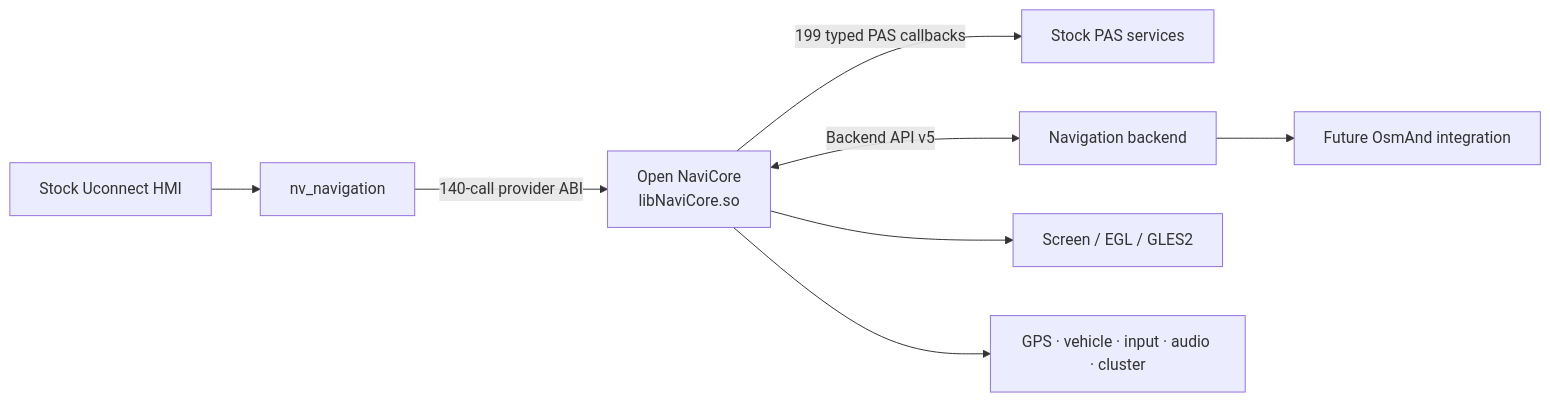
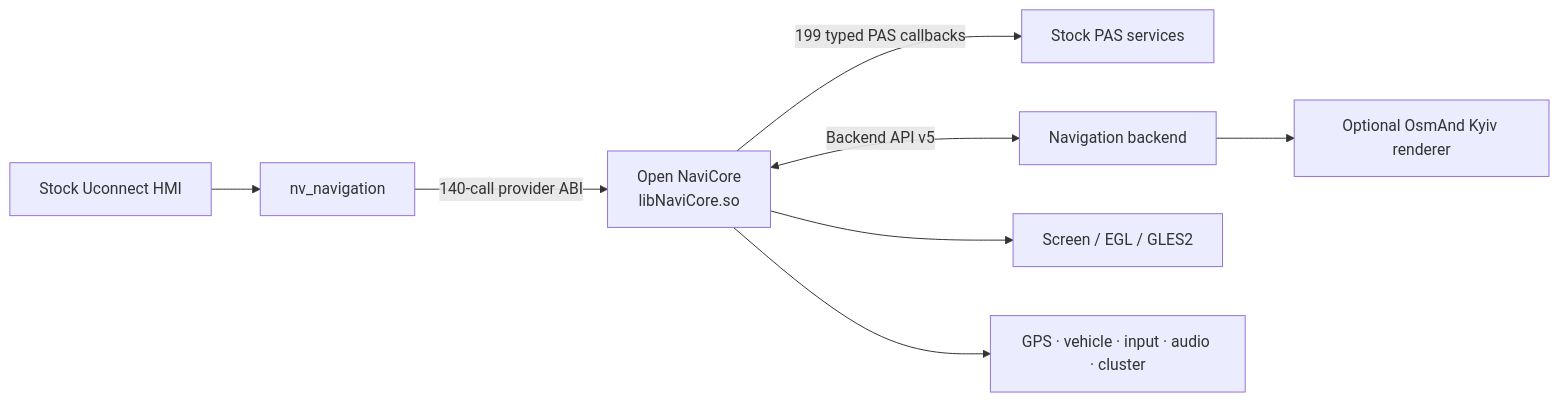
Before and after one commit to TimbreUnda/open_navicore: the diagram in README.md, drawn with Mermaid. The commit also changed other lines of this file and 19 other files, not shown here.

````diff
--- a/README.md
+++ b/README.md
@@ -61,10 +66,10 @@
 ```mermaid
 flowchart LR
     HMI[Stock Uconnect HMI] --> NAV[nv_navigation]
     NAV -->|140-call provider ABI| CORE[Open NaviCore<br/>libNaviCore.so]
     CORE -->|199 typed PAS callbacks| PAS[Stock PAS services]
     CORE <-->|Backend API v5| ENGINE[Navigation backend]
-    ENGINE --> OSM[Future OsmAnd integration]
+    ENGINE --> OSM[Optional OsmAnd Kyiv renderer]
     CORE --> EGL[Screen / EGL / GLES2]
     CORE --> DATA[GPS · vehicle · input · audio · cluster]
 ```
````
